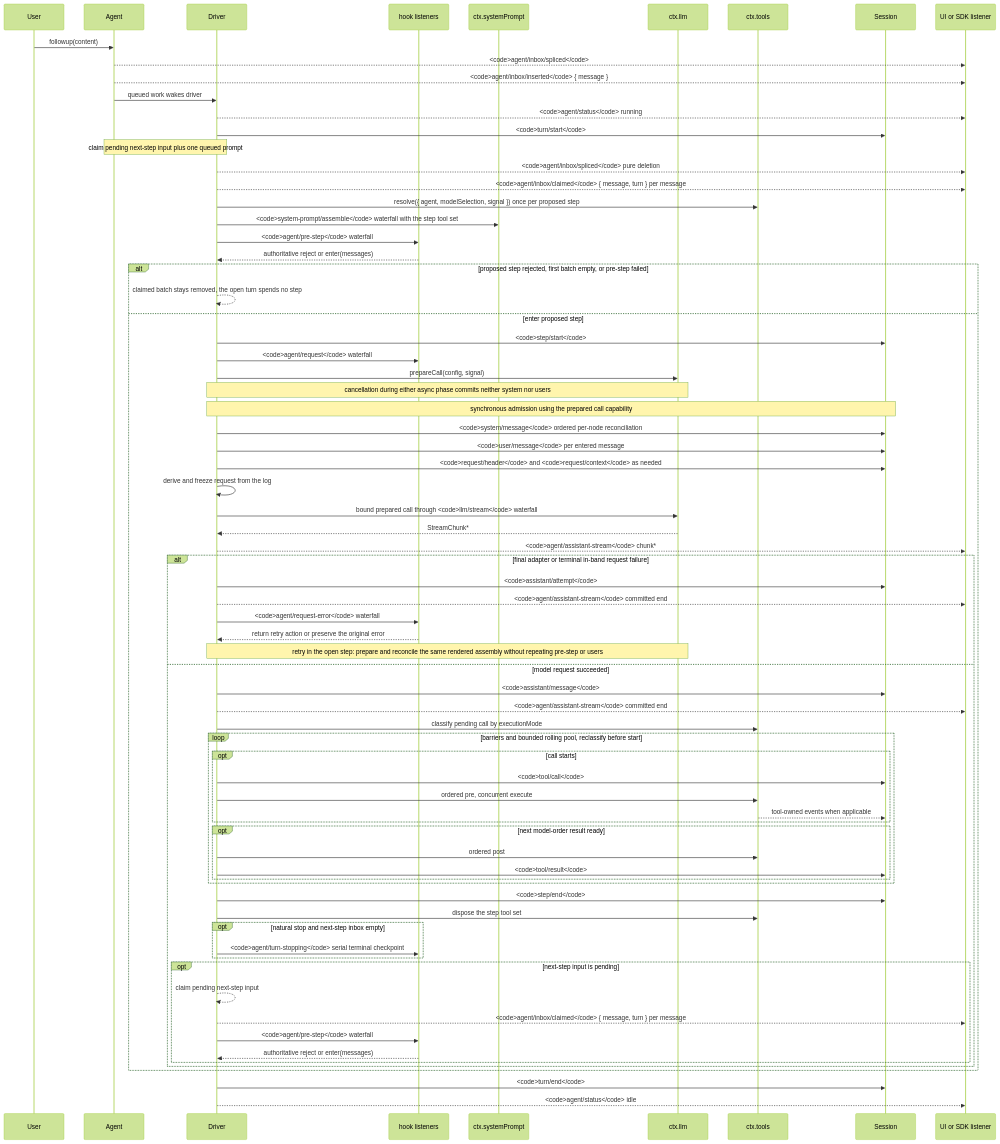
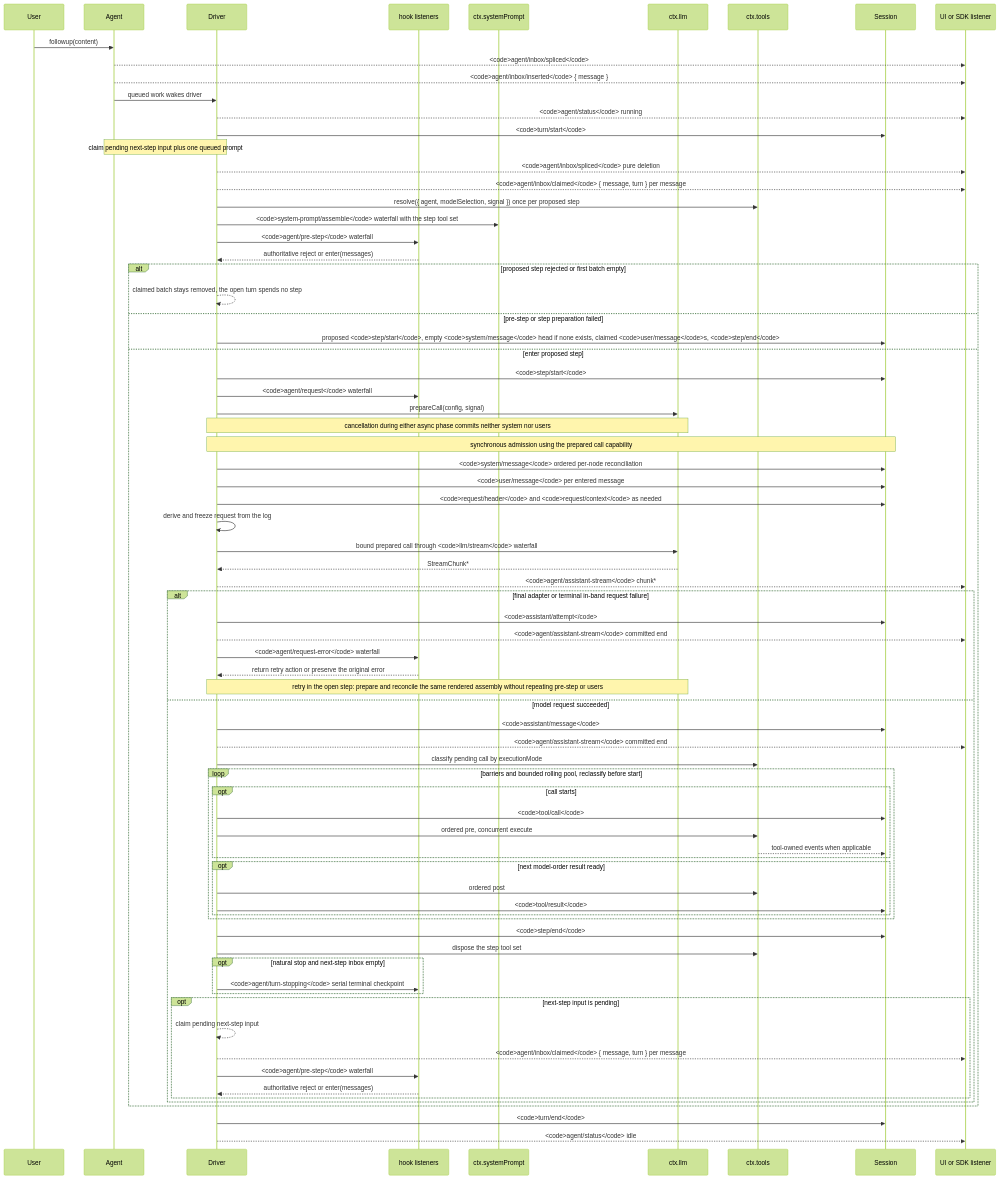
The diagram in docs/agent-lifecycle.md (Chicken3veryDay/dsh-fusion), drawn with Mermaid (forest theme) before and after one commit. The commit also changed other lines of this file and 14 other files, not shown here.

First line of the commit message:
docs(agent-loop): state that a claimed batch is delivered exactly once

````diff
--- a/docs/agent-lifecycle.md
+++ b/docs/agent-lifecycle.md
@@ -8,76 +8,78 @@
 ```mermaid
 sequenceDiagram
   participant User
   participant Agent
   participant Driver
   participant Hooks as hook listeners
   participant Prompt as ctx.systemPrompt
   participant LLM as ctx.llm
   participant Tools as ctx.tools
   participant Session
   participant SDK as UI or SDK listener
   User->>Agent: followup(content)
   Agent-->>SDK: <code>agent/inbox/spliced</code>
   Agent-->>SDK: <code>agent/inbox/inserted</code> { message }
   Agent->>Driver: queued work wakes driver
   Driver-->>SDK: <code>agent/status</code> running
   Driver->>Session: <code>turn/start</code>
   Note over Agent,Driver: claim pending next-step input plus one queued prompt
   Driver-->>SDK: <code>agent/inbox/spliced</code> pure deletion
   Driver-->>SDK: <code>agent/inbox/claimed</code> { message, turn } per message
   Driver->>Tools: resolve({ agent, modelSelection, signal }) once per proposed step
   Driver->>Prompt: <code>system-prompt/assemble</code> waterfall with the step tool set
   Driver->>Hooks: <code>agent/pre-step</code> waterfall
   Hooks-->>Driver: authoritative reject or enter(messages)
-  alt proposed step rejected, first batch empty, or pre-step failed
+  alt proposed step rejected or first batch empty
     Driver-->>Driver: claimed batch stays removed, the open turn spends no step
+  else pre-step or step preparation failed
+    Driver->>Session: proposed <code>step/start</code>, empty <code>system/message</code> head if none exists, claimed <code>user/message</code>s, <code>step/end</code>
   else enter proposed step
   Driver->>Session: <code>step/start</code>
   Driver->>Hooks: <code>agent/request</code> waterfall
   Driver->>LLM: prepareCall(config, signal)
   Note over Driver,LLM: cancellation during either async phase commits neither system nor users
   Note over Driver,Session: synchronous admission using the prepared call capability
   Driver->>Session: <code>system/message</code> ordered per-node reconciliation
   Driver->>Session: <code>user/message</code> per entered message
   Driver->>Session: <code>request/header</code> and <code>request/context</code> as needed
   Driver->>Driver: derive and freeze request from the log
   Driver->>LLM: bound prepared call through <code>llm/stream</code> waterfall
   LLM-->>Driver: StreamChunk*
   Driver-->>SDK: <code>agent/assistant-stream</code> chunk*
   alt final adapter or terminal in-band request failure
     Driver->>Session: <code>assistant/attempt</code>
     Driver-->>SDK: <code>agent/assistant-stream</code> committed end
     Driver->>Hooks: <code>agent/request-error</code> waterfall
     Hooks-->>Driver: return retry action or preserve the original error
     Note over Driver,LLM: retry in the open step: prepare and reconcile the same rendered assembly without repeating pre-step or users
   else model request succeeded
   Driver->>Session: <code>assistant/message</code>
   Driver-->>SDK: <code>agent/assistant-stream</code> committed end
   Driver->>Tools: classify pending call by executionMode
   loop barriers and bounded rolling pool, reclassify before start
     opt call starts
       Driver->>Session: <code>tool/call</code>
       Driver->>Tools: ordered pre, concurrent execute
       Tools-->>Session: tool-owned events when applicable
     end
     opt next model-order result ready
       Driver->>Tools: ordered post
       Driver->>Session: <code>tool/result</code>
     end
   end
   Driver->>Session: <code>step/end</code>
   Driver->>Tools: dispose the step tool set
   opt natural stop and next-step inbox empty
     Driver->>Hooks: <code>agent/turn-stopping</code> serial terminal checkpoint
   end
   opt next-step input is pending
     Driver-->>Driver: claim pending next-step input
     Driver-->>SDK: <code>agent/inbox/claimed</code> { message, turn } per message
     Driver->>Hooks: <code>agent/pre-step</code> waterfall
     Hooks-->>Driver: authoritative reject or enter(messages)
   end
   end
   end
   Driver->>Session: <code>turn/end</code>
   Driver-->>SDK: <code>agent/status</code> idle
 ```
````
